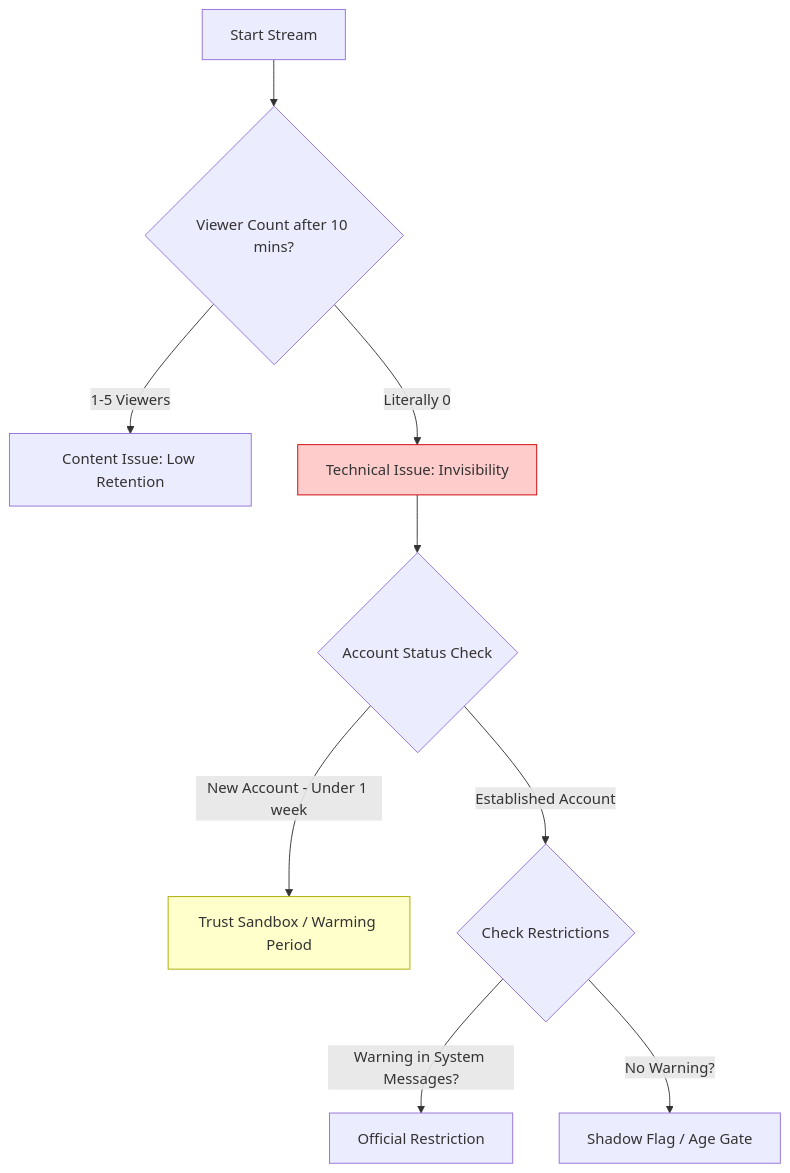
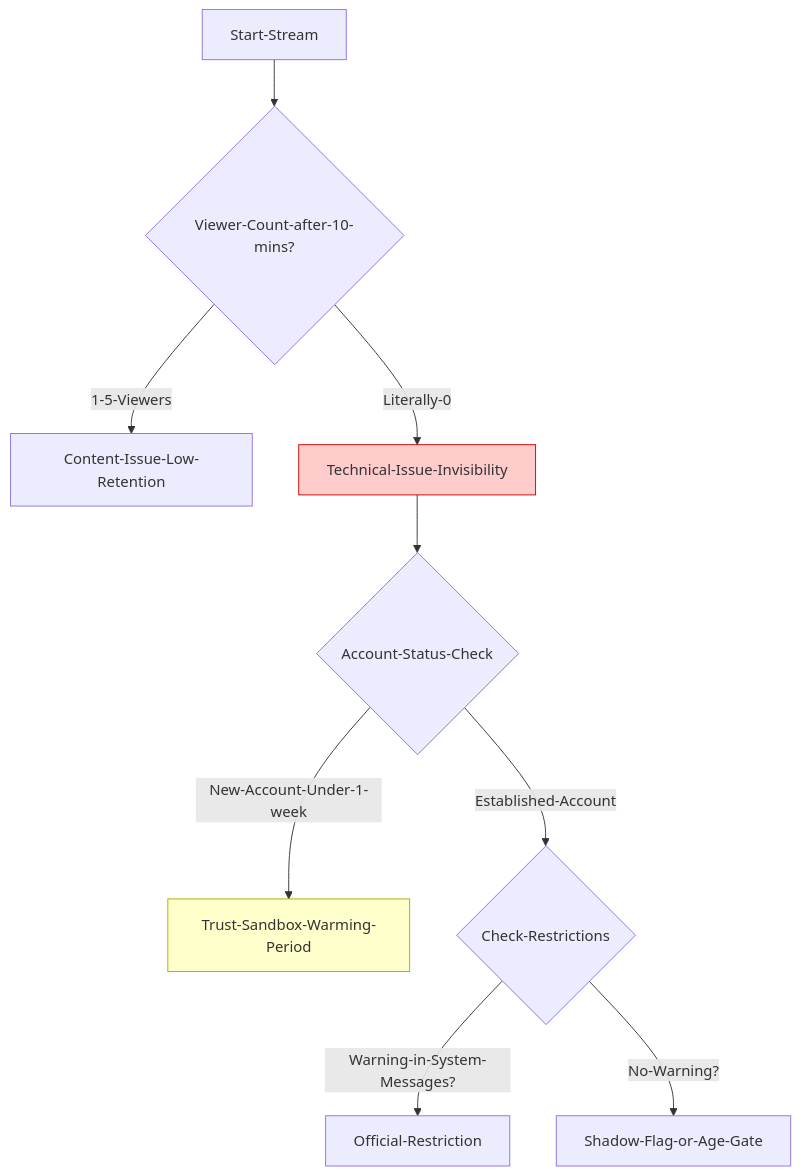
The diagram in data/blog/tiktok-live-gaming-zero-viewers-is-this-normal-2026.mdx (littl3-boat/ttwise), drawn with Mermaid before and after one commit. The commit also changed 35 other files, not shown here.

First line of the commit message:
feat: fix Mermaid diagram syntax across blog posts and add new Reddit-sourced blog entries

````diff
--- a/data/blog/tiktok-live-gaming-zero-viewers-is-this-normal-2026.mdx
+++ b/data/blog/tiktok-live-gaming-zero-viewers-is-this-normal-2026.mdx
@@ -43,13 +43,13 @@
 ```mermaid
-graph TD
-  A[Start Stream] --> B{Viewer Count after 10 mins?}
-  B -->|1-5 Viewers| C[Content Issue: Low Retention]
-  B -->|Literally 0| D[Technical Issue: Invisibility]
-  D --> E{Account Status Check}
-  E -->|New Account - Under 1 week| F["Trust Sandbox / Warming Period"]
-  E -->|Established Account| G{Check Restrictions}
-  G -->|Warning in System Messages?| H[Official Restriction]
-  G -->|No Warning?| I[Shadow Flag / Age Gate]
+flowchart TD
+  A[Start-Stream] --> B{Viewer-Count-after-10-mins?}
+  B -->|1-5-Viewers| C[Content-Issue-Low-Retention]
+  B -->|Literally-0| D[Technical-Issue-Invisibility]
+  D --> E{Account-Status-Check}
+  E -->|New-Account-Under-1-week| F[Trust-Sandbox-Warming-Period]
+  E -->|Established-Account| G{Check-Restrictions}
+  G -->|Warning-in-System-Messages?| H[Official-Restriction]
+  G -->|No-Warning?| I[Shadow-Flag-or-Age-Gate]
   style D fill:#ffcccc,stroke:#cc0000
   style F fill:#ffffcc,stroke:#aaaa00
 ```
````
